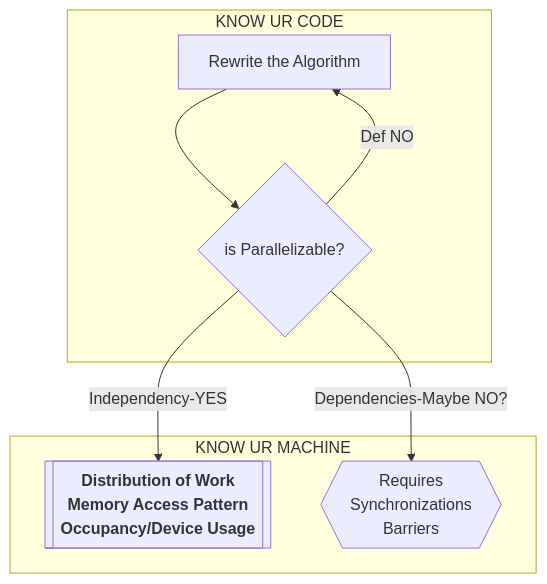
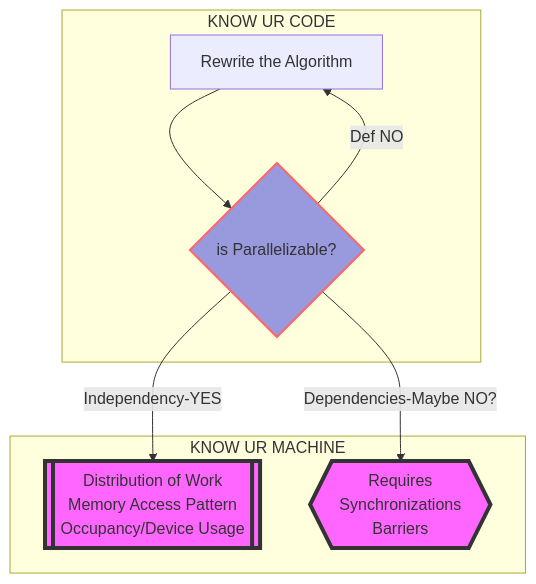
The diagram in README.md (Xemin0/HPC_Proj), drawn with Mermaid before and after one commit.

Commit message:
doc: added a flow-chart in README

````diff
--- a/README.md
+++ b/README.md
@@ -4,21 +4,25 @@
 ```mermaid
 flowchart TD
 	N[Rewrite the Algorithm] --> A
 	A --> |Def NO| N
 	subgraph code [KNOW UR CODE]
 	N
 	A
 	end
 	A{is Parallelizable?}
-	Y[["`**Distribution of Work**
-	**Memory Access Pattern**
-	**Occupancy/Device Usage**`"]]
+	Y[["Distribution of Work
+	Memory Access Pattern
+	Occupancy/Device Usage"]]
 	A -->|Independency-YES| Y
-	A --> |Dependencies-Maybe NO?| M{{"`Requires
+	A --> |Dependencies-Maybe NO?| M{{"Requires
 	 Synchronizations
-	 Barriers`"}}
+	 Barriers"}}
 	subgraph machine [KNOW UR MACHINE]
 	Y
 	M
 	end
+
+    style Y fill:#f6f,stroke:#333,stroke-width:4px
+	style M fill:#f6f,stroke:#333,stroke-width:4px
+	style A fill:#99d,stroke:#f66,stroke-width:2px
 ```
````
